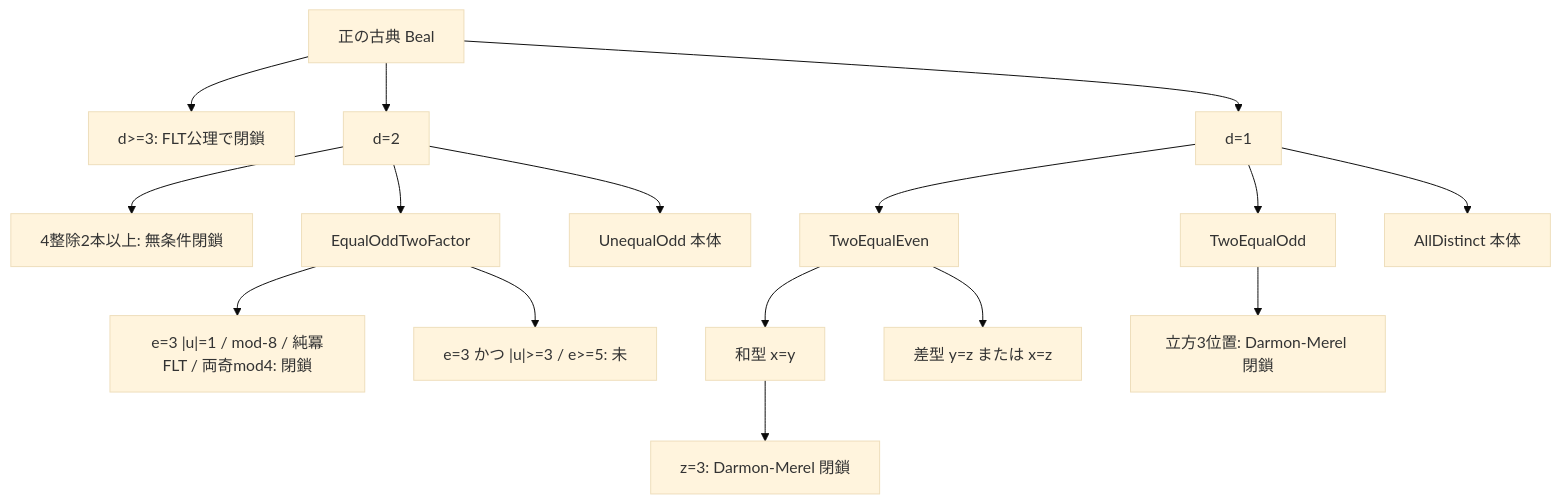
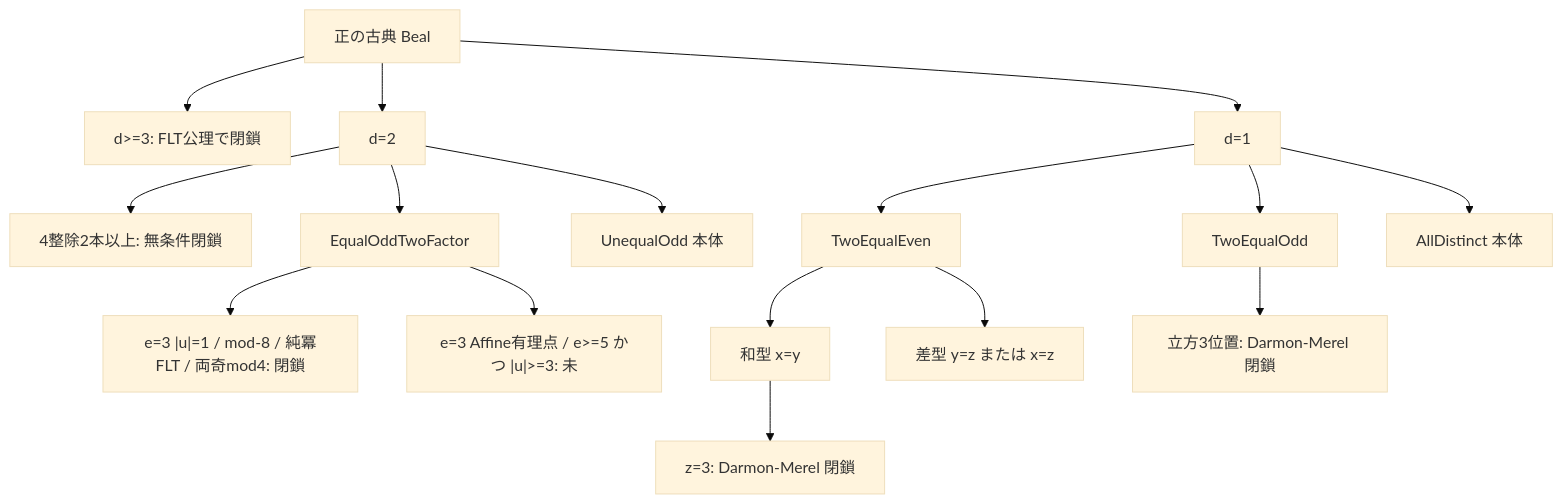
Before and after one commit to hypernumbernet/DstDiophantine: the second of 2 diagrams in PLAN.md, drawn with Mermaid (base theme). The commit also changed other lines of this file and 6 other files, not shown here.

````diff
--- a/PLAN.md
+++ b/PLAN.md
@@ -78,18 +78,18 @@
 ```mermaid
 flowchart TD
   BealPos["正の古典 Beal"] --> FLT["d>=3: FLT公理で閉鎖"]
   BealPos --> D2["d=2"]
   BealPos --> D1["d=1"]
   D2 --> Fourth["4整除2本以上: 無条件閉鎖"]
   D2 --> EqOdd["EqualOddTwoFactor"]
   D2 --> Uneq["UnequalOdd 本体"]
   EqOdd --> CubeClosed["e=3 |u|=1 / mod-8 / 純冪FLT / 両奇mod4: 閉鎖"]
-  EqOdd --> CubeOpen["e=3 かつ |u|>=3 / e>=5: 未"]
+  EqOdd --> CubeOpen["e=3 Affine有理点 / e>=5 かつ |u|>=3: 未"]
   D1 --> Even["TwoEqualEven"]
   D1 --> Odd["TwoEqualOdd"]
   D1 --> Dist["AllDistinct 本体"]
   Even --> Sum["和型 x=y"]
   Even --> Diff["差型 y=z または x=z"]
   Sum --> DMz3["z=3: Darmon-Merel 閉鎖"]
   Odd --> DMpos["立方3位置: Darmon-Merel 閉鎖"]
 ```
````
